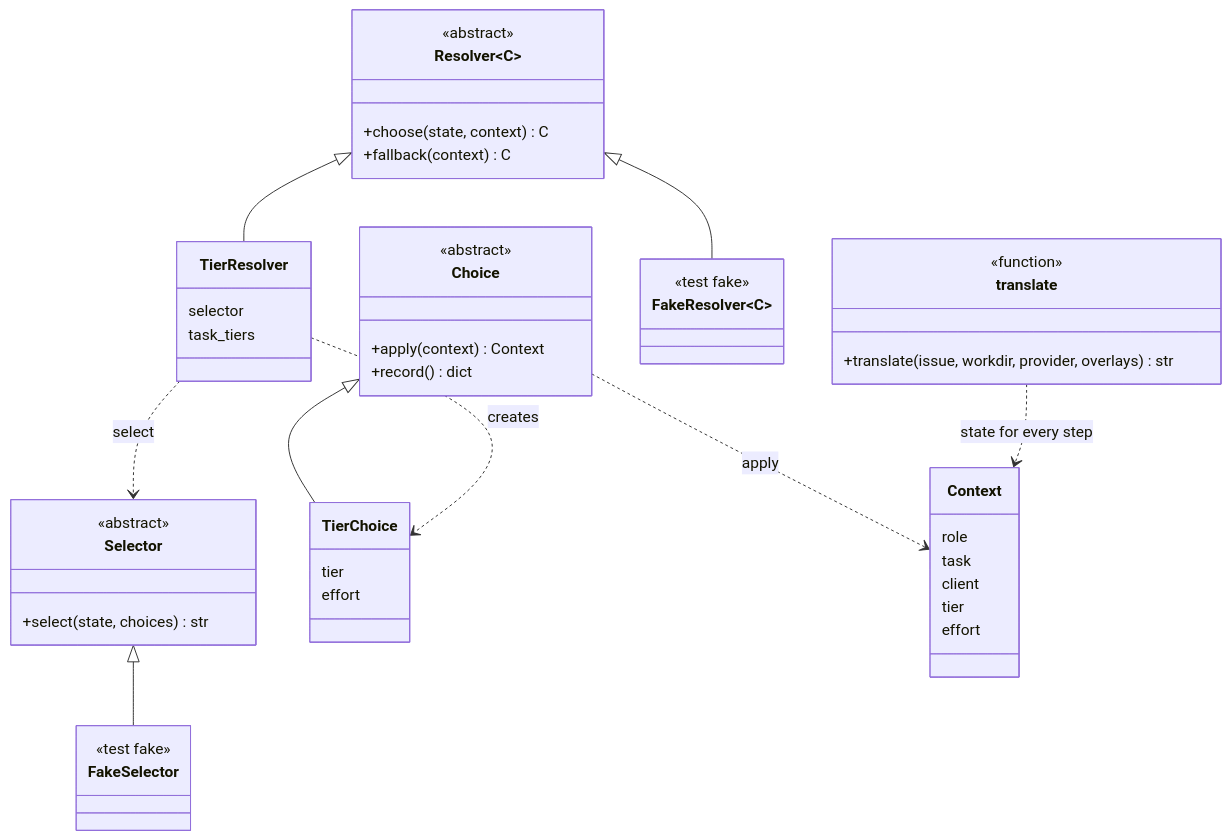
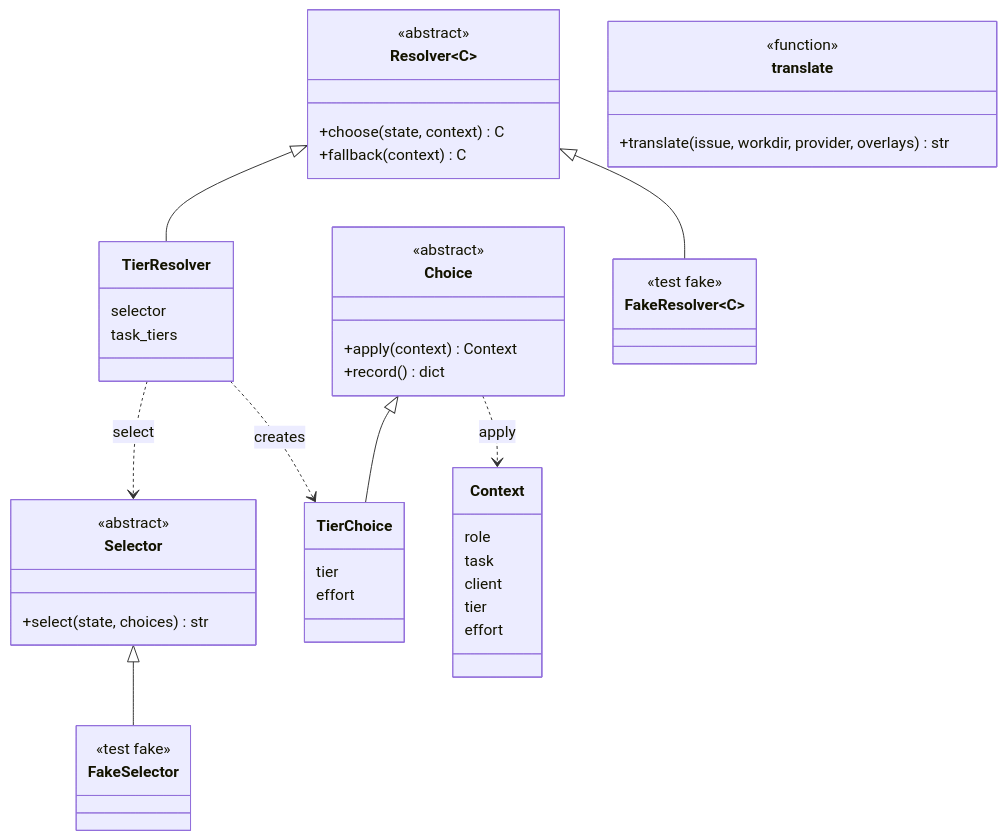
Before and after one commit to ophis/agent-pm: the second of 2 diagrams in docs/architecture.md, drawn with Mermaid. The commit also changed 1 other file, not shown here.

Commit message:
fix(r2): test#2
The empty tiers or efforts table case reaches the no-options guard; drop a duplicate translate
test; drop a misleading diagram edge.

````diff
--- a/docs/architecture.md
+++ b/docs/architecture.md
@@ -90,51 +90,50 @@
 ```mermaid
 classDiagram
   direction TB
   class Selector {
     <<abstract>>
     +select(state, choices) str
   }
   class FakeSelector {
     <<test fake>>
   }
   class Choice {
     <<abstract>>
     +apply(context) Context
     +record() dict
   }
   class Resolver~C~ {
     <<abstract>>
     +choose(state, context) C
     +fallback(context) C
   }
   class TierChoice {
     tier
     effort
   }
   class TierResolver {
     selector
     task_tiers
   }
   class FakeResolver~C~ {
     <<test fake>>
   }
   class Context {
     role
     task
     client
     tier
     effort
   }
   class translate {
     <<function>>
     +translate(issue, workdir, provider, overlays) str
   }
   Selector <|-- FakeSelector
   Choice <|-- TierChoice
   Resolver <|-- TierResolver
   Resolver <|-- FakeResolver
   TierResolver ..> TierChoice : creates
   TierResolver ..> Selector : select
   Choice ..> Context : apply
-  translate ..> Context : state for every step
 ```
````
